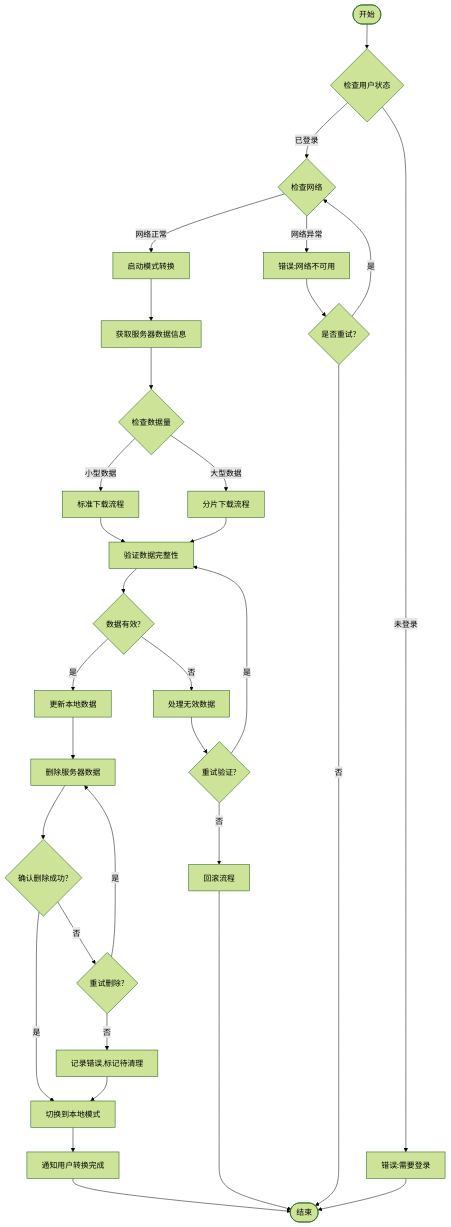
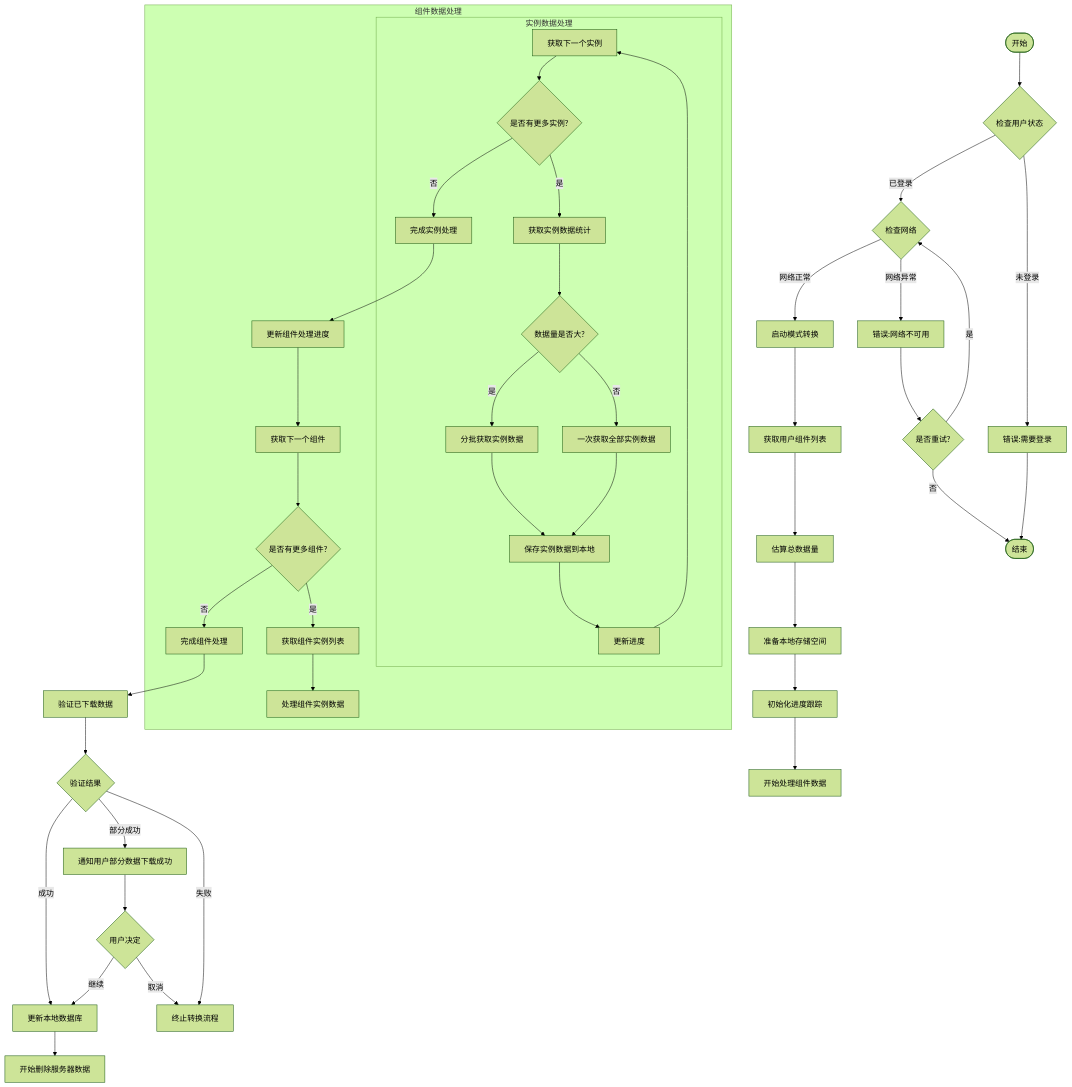
One commit to yingjianzh/iodraw-files changed the diagram in all/未命名-49.md. Above: the diagram before and after it, drawn with Mermaid (forest theme).

Commit message:
2025-05-07 17:44:54 update

````diff
--- a/all/未命名-49.md
+++ b/all/未命名-49.md
@@ -1,41 +1,55 @@
 ```mermaid
 flowchart TD
     Start([开始]) --> CheckStatus{检查用户状态}
     CheckStatus -->|已登录| CheckNetwork{检查网络}
     CheckStatus -->|未登录| Error1[错误:需要登录]
     Error1 --> End([结束])
     
     CheckNetwork -->|网络正常| StartTransition[启动模式转换]
     CheckNetwork -->|网络异常| Error2[错误:网络不可用]
     Error2 --> RetryCheck{是否重试?}
     RetryCheck -->|是| CheckNetwork
     RetryCheck -->|否| End
     
-    StartTransition --> GetDataInfo[获取服务器数据信息]
-    GetDataInfo --> CheckDataSize{检查数据量}
+    StartTransition --> GetComponentList[获取用户组件列表]
+    GetComponentList --> EstimateDataSize[估算总数据量]
+    EstimateDataSize --> PrepareLocalStorage[准备本地存储空间]
+    PrepareLocalStorage --> InitializeProgress[初始化进度跟踪]
     
-    CheckDataSize -->|小型数据| StandardDownload[标准下载流程]
-    CheckDataSize -->|大型数据| ChunkedDownload[分片下载流程]
+    InitializeProgress --> ProcessComponents[开始处理组件数据]
     
-    StandardDownload --> ValidateData[验证数据完整性]
-    ChunkedDownload --> ValidateData
+    subgraph ComponentProcessing [组件数据处理]
+        A[获取下一个组件] --> B{是否有更多组件?}
+        B -->|否| ExitComponentLoop[完成组件处理]
+        B -->|是| C[获取组件实例列表]
+        C --> D[处理组件实例数据]
+        
+        subgraph InstanceProcessing [实例数据处理]
+            D1[获取下一个实例] --> D2{是否有更多实例?}
+            D2 -->|否| D8[完成实例处理]
+            D2 -->|是| D3[获取实例数据统计]
+            D3 --> D4{数据量是否大?}
+            D4 -->|是| D5[分批获取实例数据]
+            D4 -->|否| D6[一次获取全部实例数据]
+            D5 --> D7[保存实例数据到本地]
+            D6 --> D7
+            D7 --> D9[更新进度]
+            D9 --> D1
+        end
+        
+        D8 --> E[更新组件处理进度]
+        E --> A
+    end
     
-    ValidateData --> DataValid{数据有效?}
-    DataValid -->|是| UpdateLocal[更新本地数据]
-    DataValid -->|否| HandleInvalidData[处理无效数据]
-    HandleInvalidData --> RetryValidate{重试验证?}
-    RetryValidate -->|是| ValidateData
-    RetryValidate -->|否| RollbackProcess[回滚流程]
-    RollbackProcess --> End
+    ExitComponentLoop --> ValidateDownloadedData[验证已下载数据]
+    ValidateDownloadedData --> ValidationResult{验证结果}
+    ValidationResult -->|成功| UpdateLocalDatabase[更新本地数据库]
+    ValidationResult -->|部分成功| NotifyPartial[通知用户部分数据下载成功]
+    ValidationResult -->|失败| AbortProcess[终止转换流程]
     
-    UpdateLocal --> DeleteServerData[删除服务器数据]
-    DeleteServerData --> ConfirmDeletion{确认删除成功?}
-    ConfirmDeletion -->|是| SwitchMode[切换到本地模式]
-    ConfirmDeletion -->|否| RetryDelete{重试删除?}
-    RetryDelete -->|是| DeleteServerData
-    RetryDelete -->|否| LogError[记录错误,标记待清理]
-    LogError --> SwitchMode
+    NotifyPartial --> UserDecision{用户决定}
+    UserDecision -->|继续| UpdateLocalDatabase
+    UserDecision -->|取消| AbortProcess
     
-    SwitchMode --> NotifyUser[通知用户转换完成]
-    NotifyUser --> End
+    UpdateLocalDatabase --> StartDeletingServerData[开始删除服务器数据]
 ```
````
